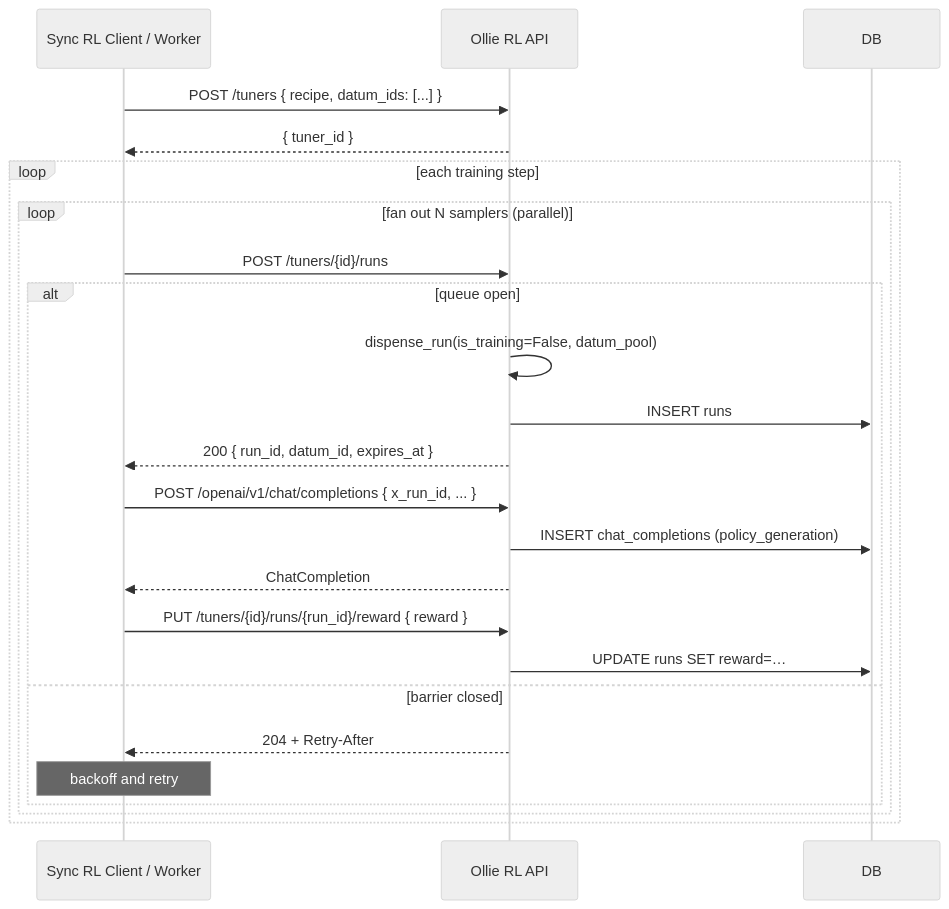
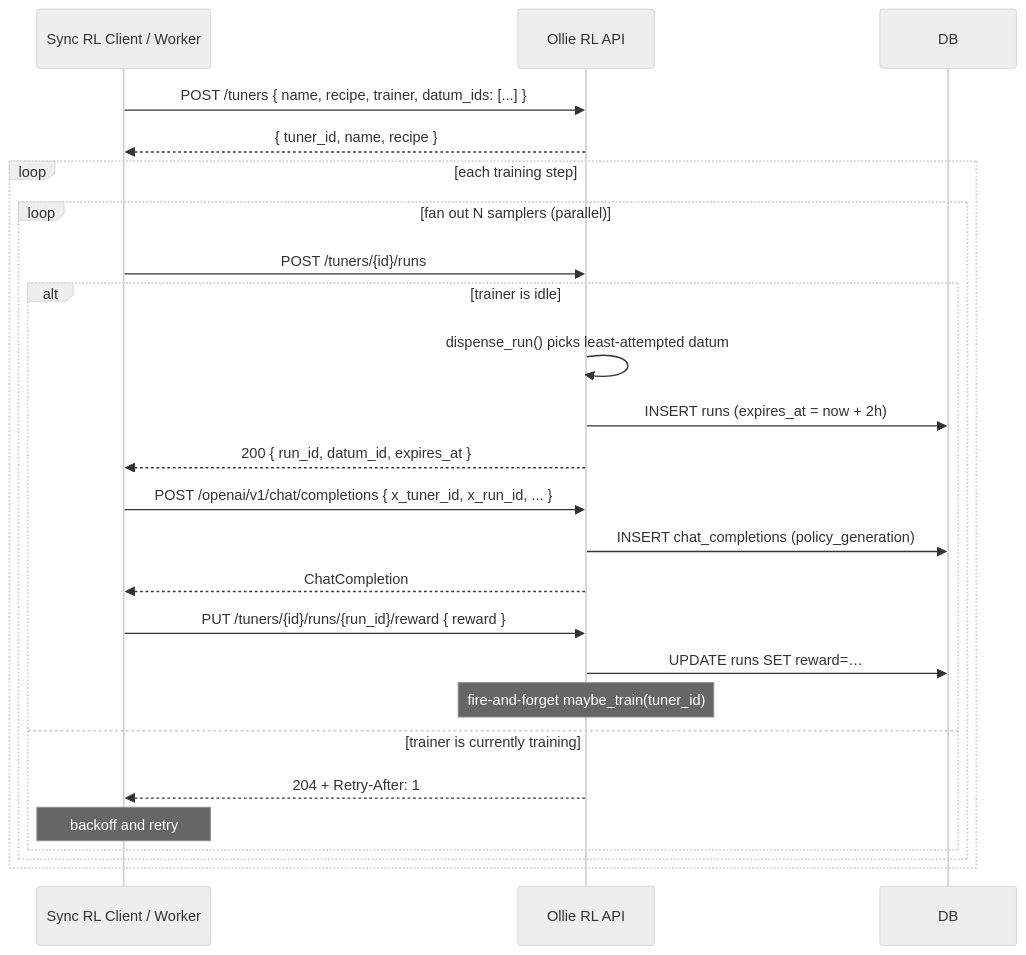
One commit to wsxiaoys/ollie-rl changed the first of 2 diagrams in .agents/skills/dev/references/sync-rl.md. Above: the diagram before and after it, drawn with Mermaid (neutral theme). The commit also changed other lines of this file and 17 other files, not shown here.

````diff
--- a/.agents/skills/dev/references/sync-rl.md
+++ b/.agents/skills/dev/references/sync-rl.md
@@ -8,28 +8,29 @@
 ```mermaid
 sequenceDiagram
     participant C as Sync RL Client / Worker
     participant API as Ollie RL API
     participant DB as DB
 
-    C->>API: POST /tuners { recipe, datum_ids: [...] }
-    API-->>C: { tuner_id }
+    C->>API: POST /tuners { name, recipe, trainer, datum_ids: [...] }
+    API-->>C: { tuner_id, name, recipe }
 
     loop each training step
         loop fan out N samplers (parallel)
             C->>API: POST /tuners/{id}/runs
-            alt queue open
-                API->>API: dispense_run(is_training=False, datum_pool)
-                API->>DB: INSERT runs
+            alt trainer is idle
+                API->>API: dispense_run() picks least-attempted datum
+                API->>DB: INSERT runs (expires_at = now + 2h)
                 API-->>C: 200 { run_id, datum_id, expires_at }
-                C->>API: POST /openai/v1/chat/completions { x_run_id, ... }
+                C->>API: POST /openai/v1/chat/completions { x_tuner_id, x_run_id, ... }
                 API->>DB: INSERT chat_completions (policy_generation)
                 API-->>C: ChatCompletion
                 C->>API: PUT /tuners/{id}/runs/{run_id}/reward { reward }
                 API->>DB: UPDATE runs SET reward=…
-            else barrier closed
-                API-->>C: 204 + Retry-After
+                Note over API: fire-and-forget maybe_train(tuner_id)
+            else trainer is currently training
+                API-->>C: 204 + Retry-After: 1
                 Note over C: backoff and retry
             end
         end
     end
 ```
````
